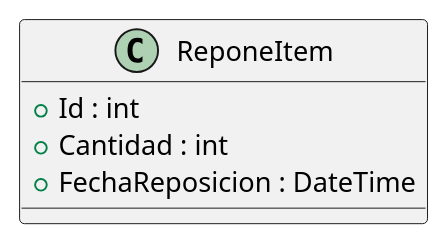
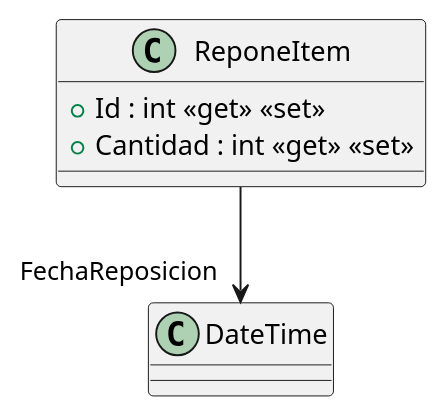
The diagram in src/AppForSEII.API/ClassDiagram/ReponeItem.puml (ISII2627JRJ/ISII2627JRJ), drawn with PlantUML before and after one commit. The commit also changed 4 other files, not shown here.

First line of the commit message:
Creación de la clase Genero y generación de diagramas UML (#27)

```diff
--- a/src/AppForSEII.API/ClassDiagram/ReponeItem.puml
+++ b/src/AppForSEII.API/ClassDiagram/ReponeItem.puml
@@ -1,5 +1,7 @@
+@startuml
 class ReponeItem {
-    + Id : int
-    + Cantidad : int
-    + FechaReposicion : DateTime
+    + Id : int <<get>> <<set>>
+    + Cantidad : int <<get>> <<set>>
 }
+ReponeItem --> "FechaReposicion" DateTime
+@enduml
```
